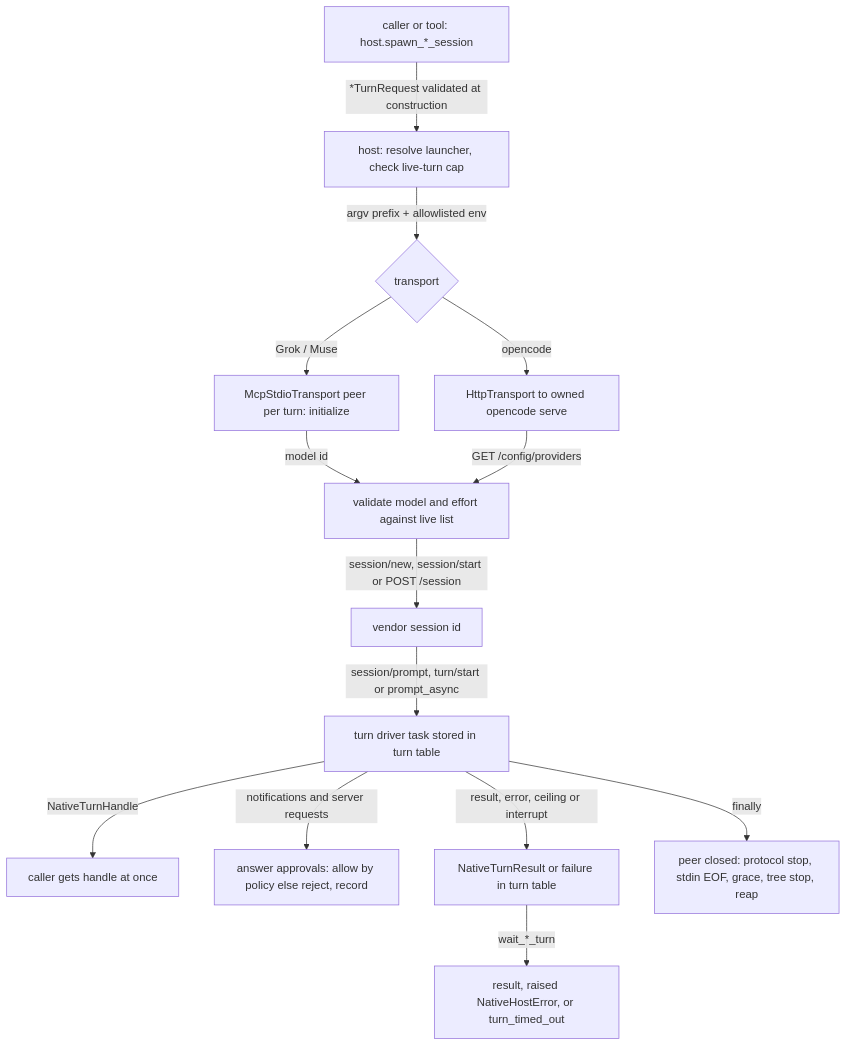
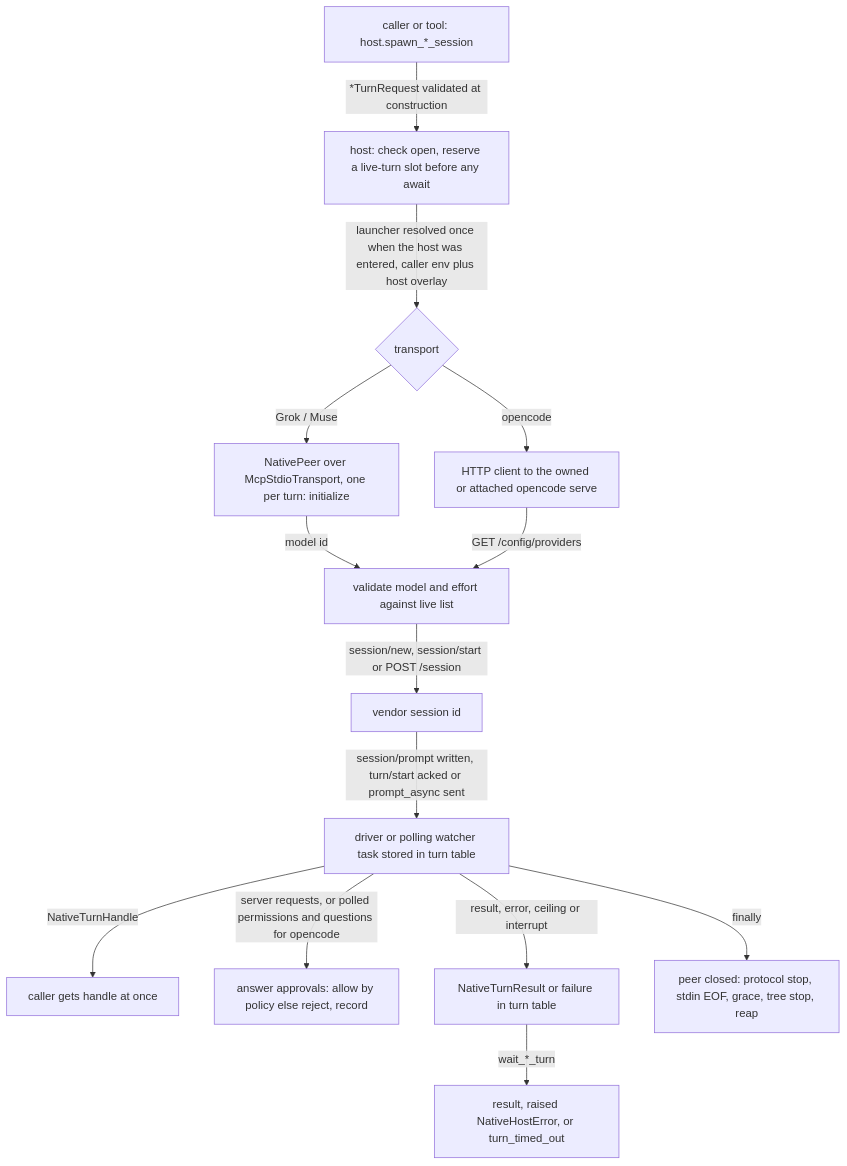
Before and after one commit to cerredz/Vidbyte-SDK: the first of 2 diagrams in docs/spec/native-grok-opencode-meta-hosts/spec.md, drawn with Mermaid. The commit also changed other lines of this file and 1 other file, not shown here.

Commit message:
docs(spec): finalize native-grok-opencode-meta-hosts for PR
Add pr-body.md, the PR title and description for #1036. Set the spec
status to pr-open (revision stays 8), correct the two section 5
diagrams to match the shipped code, and add the S6 row to section 17.

Docs only; no source, test, lint or contract file changes.

````diff
--- a/docs/spec/native-grok-opencode-meta-hosts/spec.md
+++ b/docs/spec/native-grok-opencode-meta-hosts/spec.md
@@ -147,16 +147,16 @@
 ```mermaid
 flowchart TD
-  A[caller or tool: host.spawn_*_session] -->|*TurnRequest validated at construction| B[host: resolve launcher, check live-turn cap]
-  B -->|argv prefix + allowlisted env| C{transport}
-  C -->|Grok / Muse| D[McpStdioTransport peer per turn: initialize]
-  C -->|opencode| E[HttpTransport to owned opencode serve]
+  A[caller or tool: host.spawn_*_session] -->|*TurnRequest validated at construction| B[host: check open, reserve a live-turn slot before any await]
+  B -->|launcher resolved once when the host was entered, caller env plus host overlay| C{transport}
+  C -->|Grok / Muse| D[NativePeer over McpStdioTransport, one per turn: initialize]
+  C -->|opencode| E[HTTP client to the owned or attached opencode serve]
   D -->|model id| F[validate model and effort against live list]
   E -->|GET /config/providers| F
   F -->|session/new, session/start or POST /session| G[vendor session id]
-  G -->|session/prompt, turn/start or prompt_async| H[turn driver task stored in turn table]
+  G -->|session/prompt written, turn/start acked or prompt_async sent| H[driver or polling watcher task stored in turn table]
   H -->|NativeTurnHandle| I[caller gets handle at once]
-  H -->|notifications and server requests| J[answer approvals: allow by policy else reject, record]
+  H -->|server requests, or polled permissions and questions for opencode| J[answer approvals: allow by policy else reject, record]
   H -->|result, error, ceiling or interrupt| K[NativeTurnResult or failure in turn table]
   K -->|wait_*_turn| L[result, raised NativeHostError, or turn_timed_out]
   H -->|finally| M[peer closed: protocol stop, stdin EOF, grace, tree stop, reap]
 ```
````
